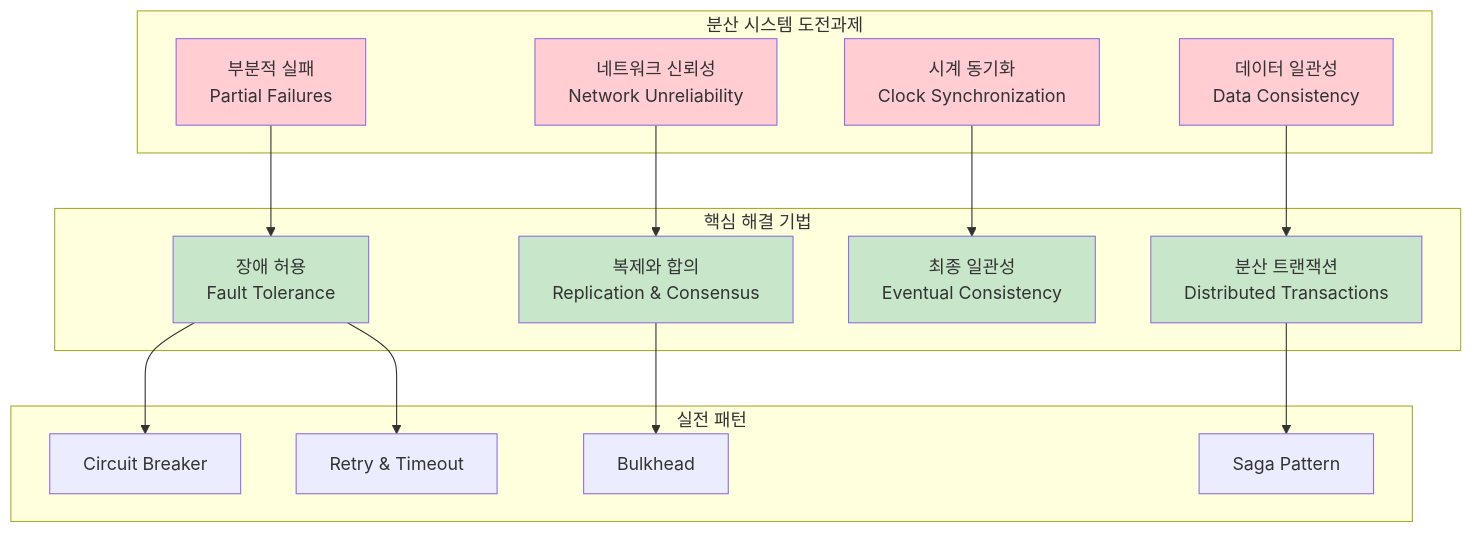
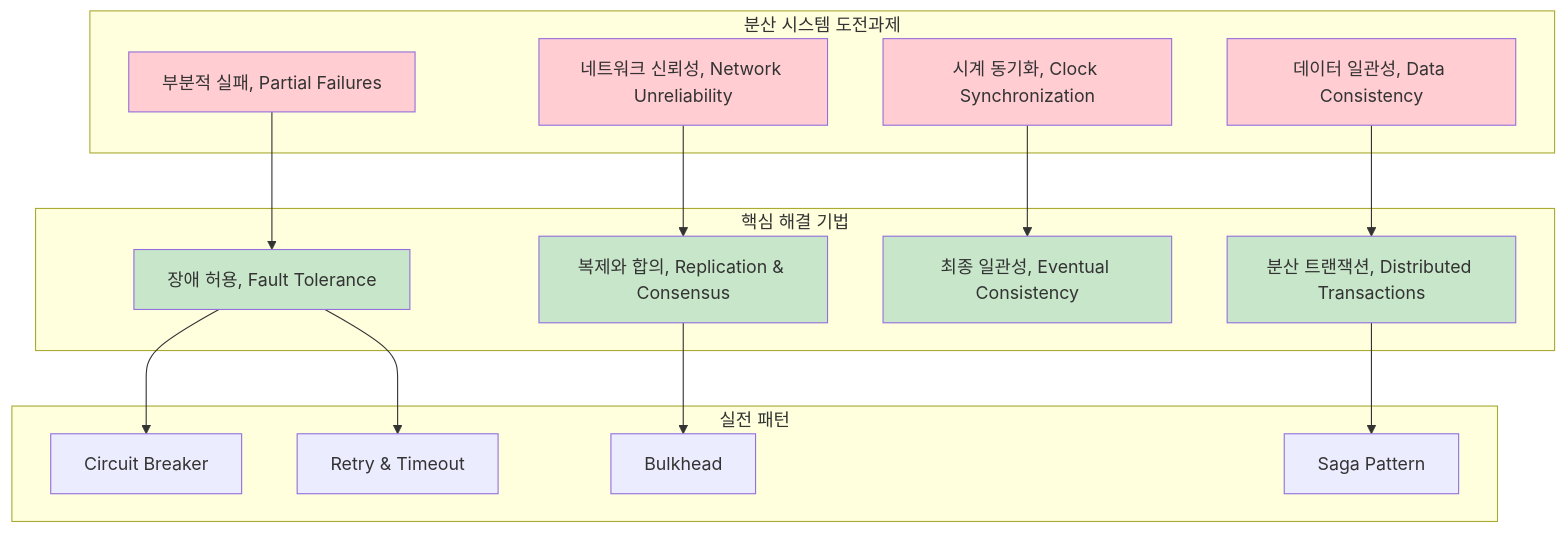
The diagram in docs/cs/guide/chapter-14-distributed-systems/index.md (choru-k/choru-wiki), drawn with Mermaid before and after one commit. The commit also changed 13 other files, not shown here.

````diff
--- a/docs/cs/guide/chapter-14-distributed-systems/index.md
+++ b/docs/cs/guide/chapter-14-distributed-systems/index.md
@@ -186,43 +186,43 @@
 ```mermaid
 graph TD
     subgraph "분산 시스템 도전과제"
-        SF[부분적 실패<br/>Partial Failures]
-        NC[네트워크 신뢰성<br/>Network Unreliability]  
-        CT[시계 동기화<br/>Clock Synchronization]
-        CS[데이터 일관성<br/>Data Consistency]
+        SF[부분적 실패, Partial Failures]
+        NC[네트워크 신뢰성, Network Unreliability]  
+        CT[시계 동기화, Clock Synchronization]
+        CS[데이터 일관성, Data Consistency]
     end
     
     subgraph "핵심 해결 기법"
-        FT[장애 허용<br/>Fault Tolerance]
-        RC[복제와 합의<br/>Replication & Consensus]
-        EC[최종 일관성<br/>Eventual Consistency]
-        PT[분산 트랜잭션<br/>Distributed Transactions]
+        FT[장애 허용, Fault Tolerance]
+        RC[복제와 합의, Replication & Consensus]
+        EC[최종 일관성, Eventual Consistency]
+        PT[분산 트랜잭션, Distributed Transactions]
     end
     
     subgraph "실전 패턴"
         CB[Circuit Breaker]
         RT[Retry & Timeout]
         BH[Bulkhead]
         SG[Saga Pattern]
     end
     
     SF --> FT
     NC --> RC
     CT --> EC  
     CS --> PT
     
     FT --> CB
     FT --> RT
     RC --> BH
     PT --> SG
     
     style SF fill:#ffcdd2
     style NC fill:#ffcdd2
     style CT fill:#ffcdd2
     style CS fill:#ffcdd2
     
     style FT fill:#c8e6c9
     style RC fill:#c8e6c9  
     style EC fill:#c8e6c9
     style PT fill:#c8e6c9
 ```
````
